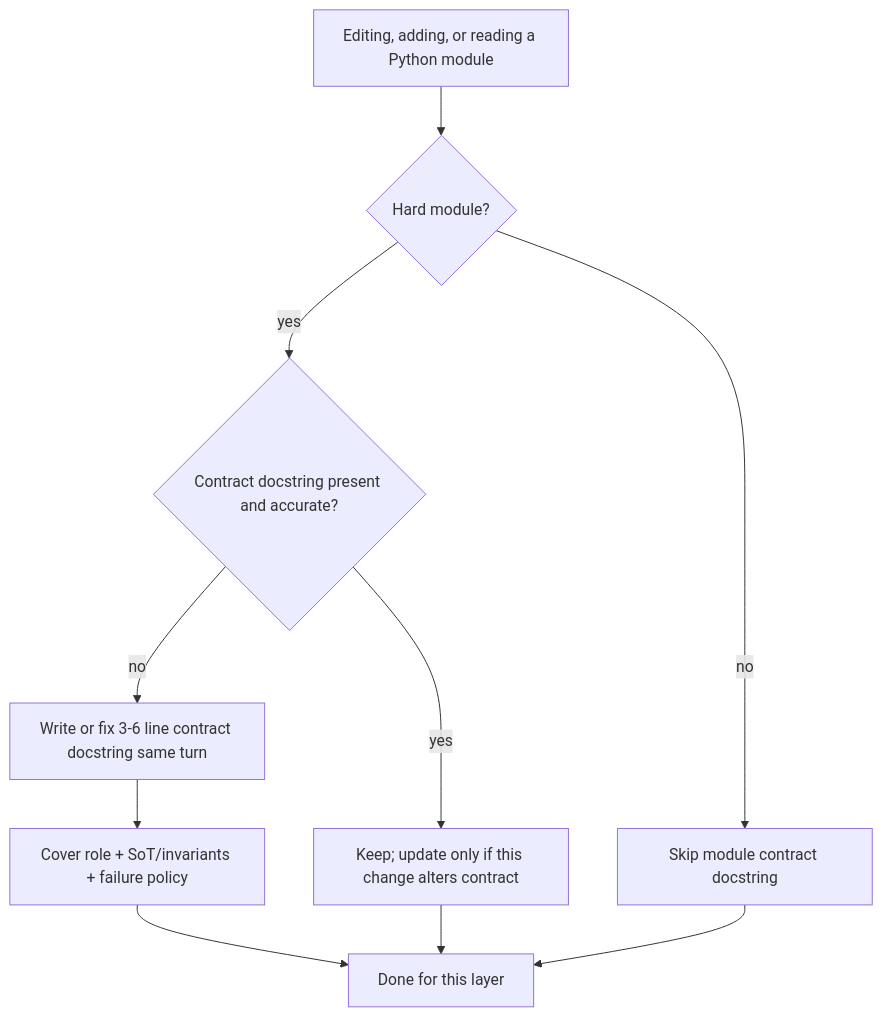
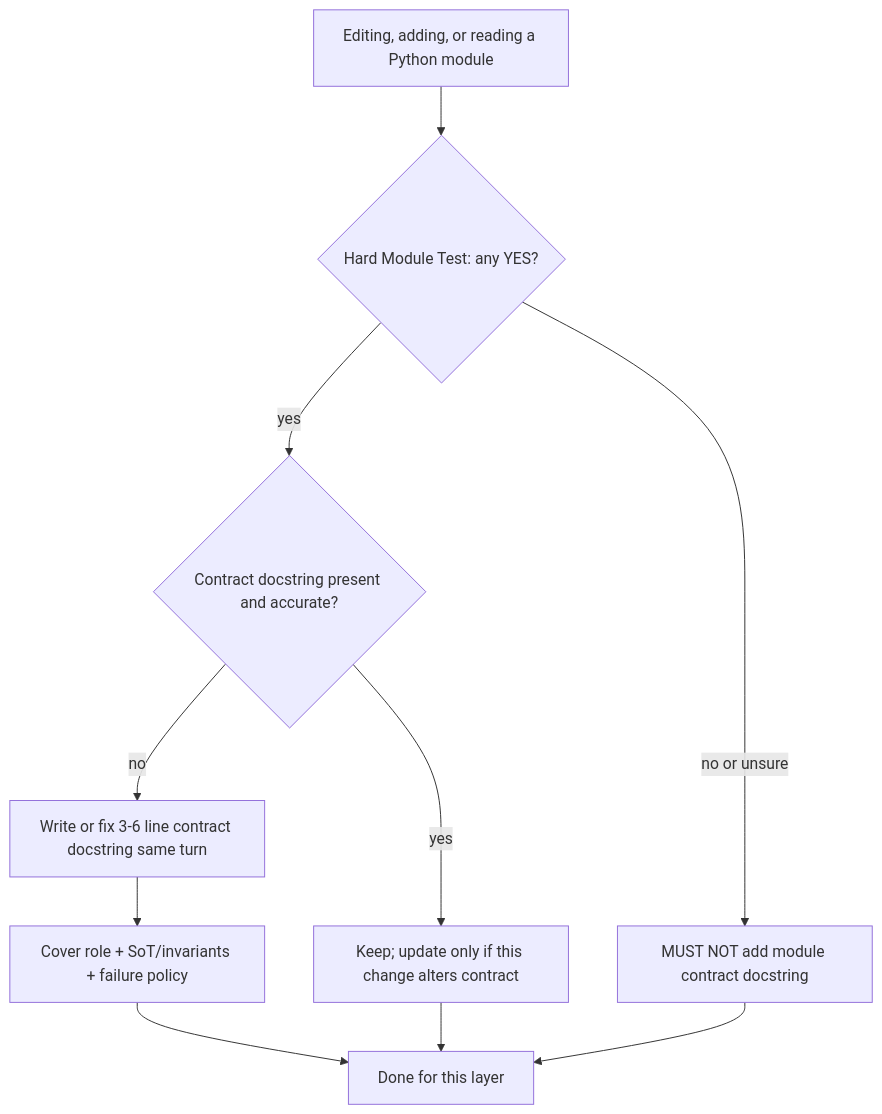
One commit to Mohammad-Mirasadollahi/AgentCore changed the diagram in docs/08-software-engineering-architecture/49-module-contract-docstrings-standard.md. Above: the diagram before and after it, drawn with Mermaid. The commit also changed other lines of this file and 6 other files, not shown here.

First line of the commit message:
docs: default-deny Hard Module Test for contract headers

````diff
--- a/docs/08-software-engineering-architecture/49-module-contract-docstrings-standard.md
+++ b/docs/08-software-engineering-architecture/49-module-contract-docstrings-standard.md
@@ -81,12 +84,12 @@
 ```mermaid
 flowchart TD
-  start[Editing, adding, or reading a Python module] --> hard{Hard module?}
-  hard -->|no| skip[Skip module contract docstring]
-  hard -->|yes| has{Contract docstring present and accurate?}
+  start[Editing, adding, or reading a Python module] --> doubt{Hard Module Test: any YES?}
+  doubt -->|no or unsure| skip[MUST NOT add module contract docstring]
+  doubt -->|yes| has{Contract docstring present and accurate?}
   has -->|no| write[Write or fix 3-6 line contract docstring same turn]
   has -->|yes| keep[Keep; update only if this change alters contract]
   write --> axes[Cover role + SoT/invariants + failure policy]
   axes --> done[Done for this layer]
   keep --> done
   skip --> done
 ```
````
